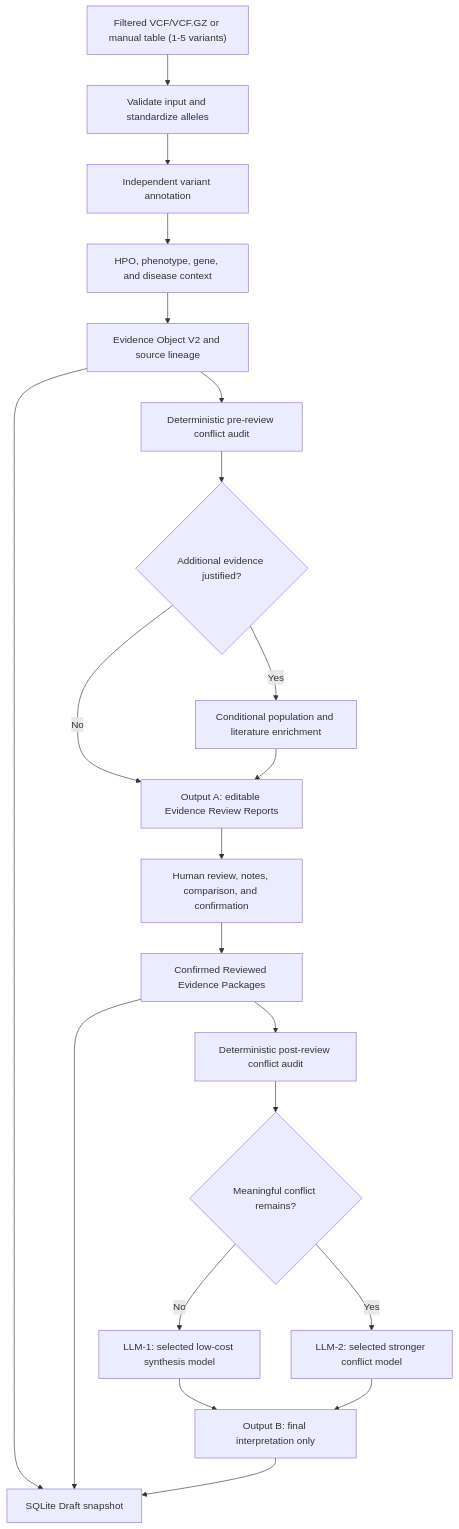
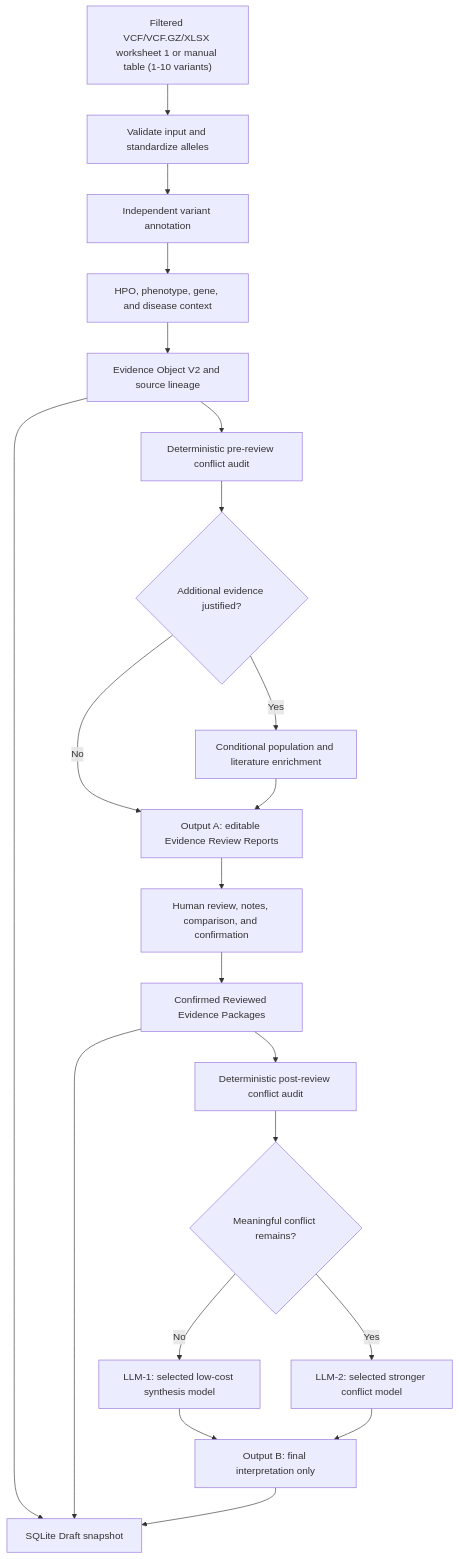
The diagram in README.md (parhamKIY/CLINCAL_VARIANT_WEB_APPLICATION), drawn with Mermaid before and after one commit. The commit also changed other lines of this file and 11 other files, not shown here.

````diff
--- a/README.md
+++ b/README.md
@@ -76,23 +78,23 @@
 ```mermaid
 flowchart TD
-    I["Filtered VCF/VCF.GZ or manual table (1-5 variants)"] --> V["Validate input and standardize alleles"]
+    I["Filtered VCF/VCF.GZ/XLSX worksheet 1 or manual table (1-10 variants)"] --> V["Validate input and standardize alleles"]
     V --> A["Independent variant annotation"]
     A --> P["HPO, phenotype, gene, and disease context"]
     P --> E["Evidence Object V2 and source lineage"]
     E --> C1["Deterministic pre-review conflict audit"]
     C1 --> X{"Additional evidence justified?"}
     X -- Yes --> CE["Conditional population and literature enrichment"]
     X -- No --> OA
     CE --> OA["Output A: editable Evidence Review Reports"]
     OA --> H["Human review, notes, comparison, and confirmation"]
     H --> RP["Confirmed Reviewed Evidence Packages"]
     RP --> C2["Deterministic post-review conflict audit"]
     C2 --> R{"Meaningful conflict remains?"}
     R -- No --> L1["LLM-1: selected low-cost synthesis model"]
     R -- Yes --> L2["LLM-2: selected stronger conflict model"]
     L1 --> OB["Output B: final interpretation only"]
     L2 --> OB
     E --> DB["SQLite Draft snapshot"]
     RP --> DB
     OB --> DB
 ```
````
